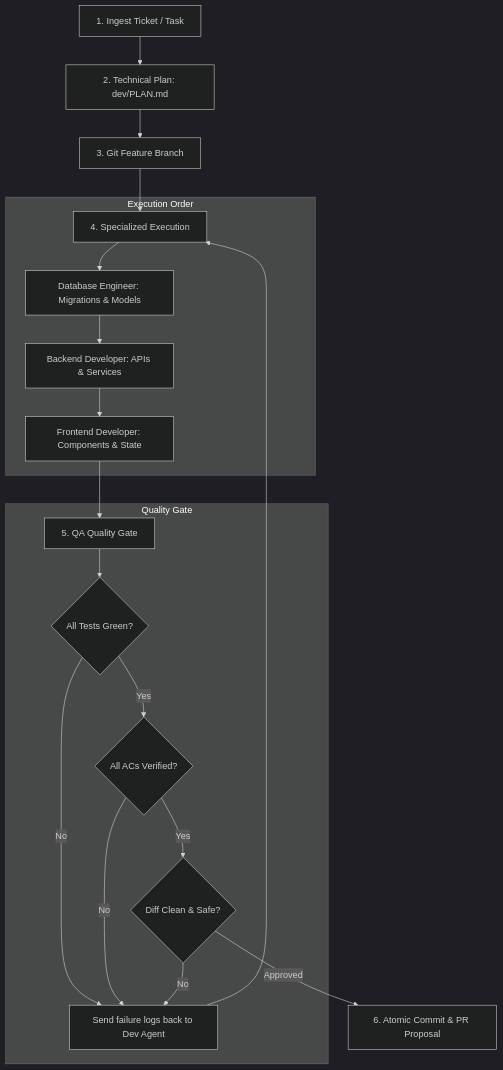
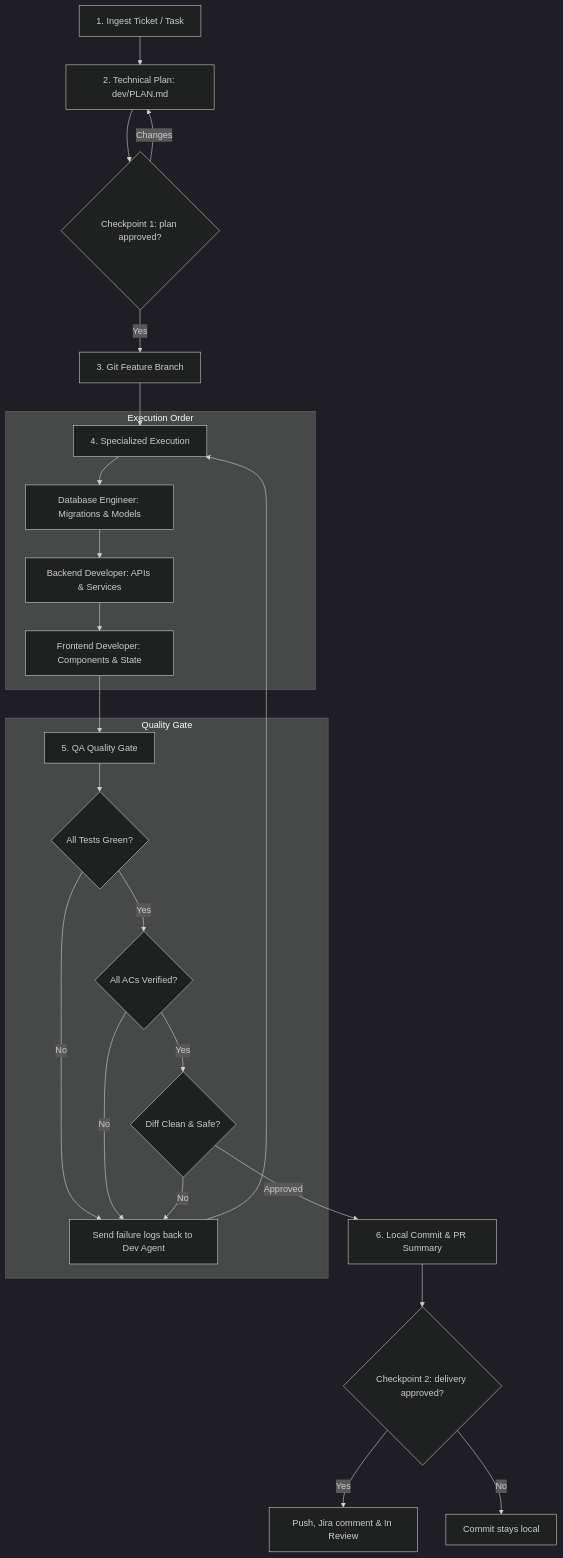
One commit to victorfigueira/dev-kit changed the diagram in docs/GUIDE.md. Above: the diagram before and after it, drawn with Mermaid (dark theme). The commit also changed other lines of this file and 11 other files, not shown here.

First line of the commit message:
v0.6.0: add plan and delivery approval checkpoints

````diff
--- a/docs/GUIDE.md
+++ b/docs/GUIDE.md
@@ -47,26 +47,31 @@
 ```mermaid
 flowchart TD
     A[1. Ingest Ticket / Task] --> B[2. Technical Plan: dev/PLAN.md]
-    B --> C[3. Git Feature Branch]
+    B --> CP1{Checkpoint 1: plan approved?}
+    CP1 -->|Changes| B
+    CP1 -->|Yes| C[3. Git Feature Branch]
     C --> D[4. Specialized Execution]
     
     subgraph Execution Order
         D --> D1[Database Engineer: Migrations & Models]
         D1 --> D2[Backend Developer: APIs & Services]
         D2 --> D3[Frontend Developer: Components & State]
     end
     
     D3 --> E[5. QA Quality Gate]
     
     subgraph Quality Gate
         E --> E1{All Tests Green?}
         E1 -->|No| Fix[Send failure logs back to Dev Agent]
         Fix --> D
         E1 -->|Yes| E2{All ACs Verified?}
         E2 -->|No| Fix
         E2 -->|Yes| E3{Diff Clean & Safe?}
         E3 -->|No| Fix
     end
     
-    E3 -->|Approved| F[6. Atomic Commit & PR Proposal]
+    E3 -->|Approved| F[6. Local Commit & PR Summary]
+    F --> CP2{Checkpoint 2: delivery approved?}
+    CP2 -->|Yes| P[Push, Jira comment & In Review]
+    CP2 -->|No| L[Commit stays local]
 ```
````
